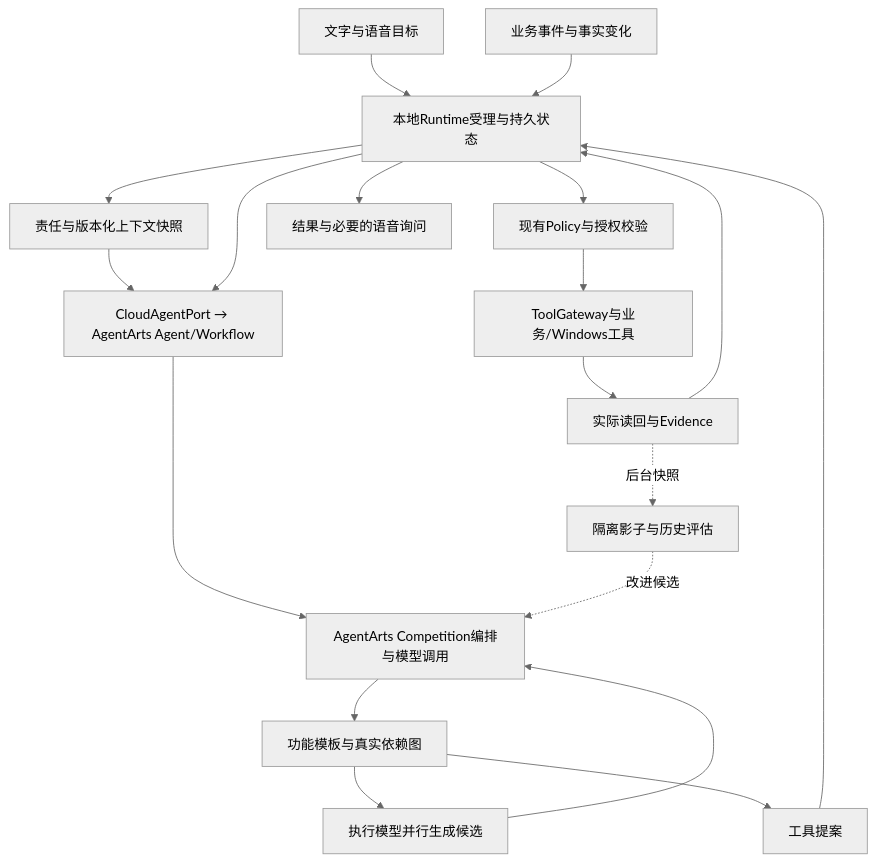
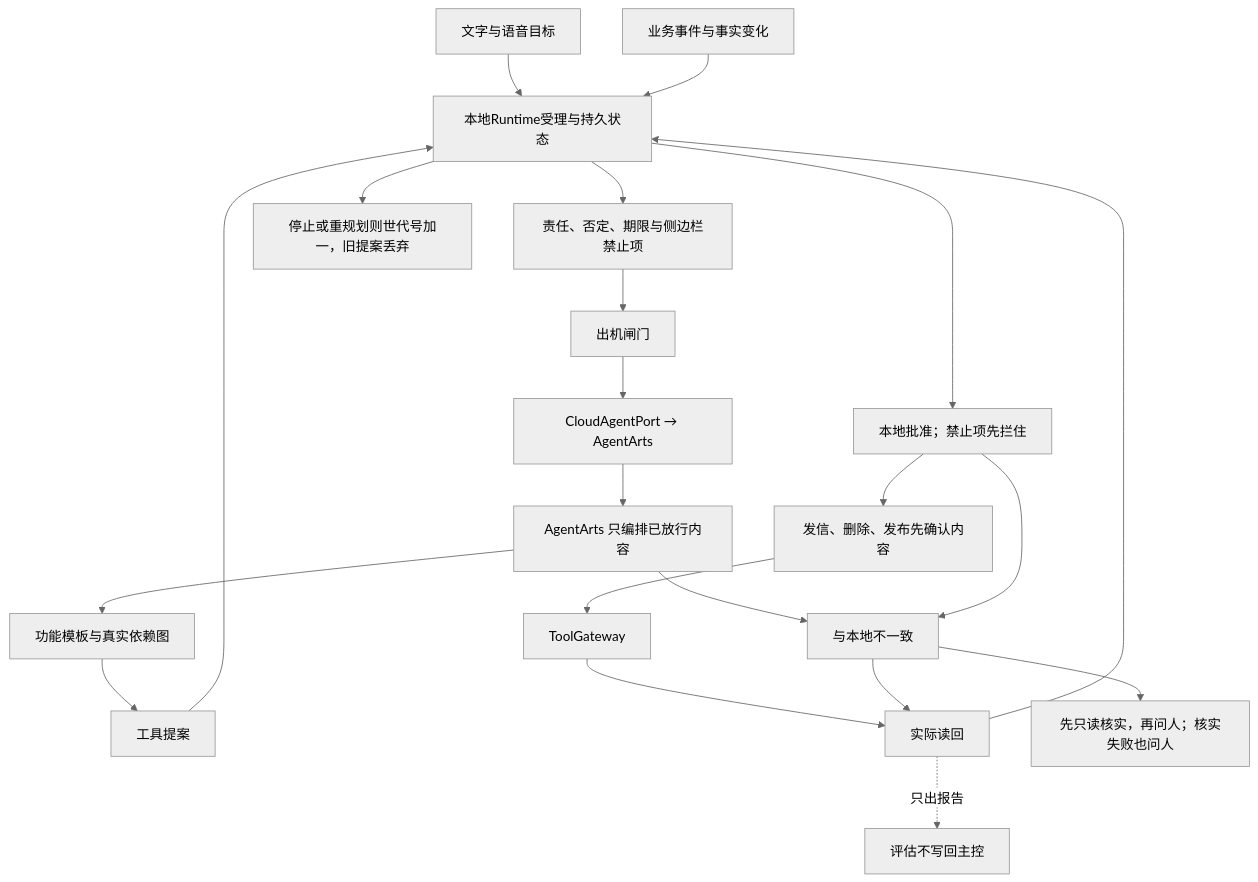
Before and after one commit to xianxing-ai/PersonalAgent: the diagram in docs/design/workflow-architecture-20261013/DESIGN.md, drawn with Mermaid (neutral theme). The commit also changed other lines of this file and 6 other files, not shown here.

First line of the commit message:
docs(design): 把控制权规则写进架构图

````diff
--- a/docs/design/workflow-architecture-20261013/DESIGN.md
+++ b/docs/design/workflow-architecture-20261013/DESIGN.md
@@ -19,21 +19,23 @@
 ```mermaid
 flowchart TD
   U[文字与语音目标] --> R[本地Runtime受理与持久状态]
-  E[业务事件与事实变化] --> R
-  R --> S[责任与版本化上下文快照]
-  S --> C[CloudAgentPort → AgentArts Agent/Workflow]
-  C --> D[AgentArts Competition编排与模型调用]
+  EV[业务事件与事实变化] --> R
+  R --> S[责任、否定、期限与侧边栏禁止项]
+  S --> GATE[出机闸门]
+  GATE --> C[CloudAgentPort → AgentArts]
+  C --> D[AgentArts 只编排已放行内容]
   D --> G[功能模板与真实依赖图]
-  G --> X[执行模型并行生成候选]
-  X --> D
   G --> T[工具提案]
   T --> R
-  R --> P[现有Policy与授权校验]
-  P --> V[ToolGateway与业务/Windows工具]
-  V --> B[实际读回与Evidence]
+  R --> P[本地批准；禁止项先拦住]
+  P --> I[发信、删除、发布先确认内容]
+  I --> V[ToolGateway]
+  V --> B[实际读回]
   B --> R
-  R --> C
-  R --> UI[结果与必要的语音询问]
-  B -. 后台快照 .-> SH[隔离影子与历史评估]
-  SH -. 改进候选 .-> D
+  D --> K[与本地不一致]
+  P --> K
+  K --> B
+  K --> UI[先只读核实，再问人；核实失败也问人]
+  R --> EPOCH[停止或重规划则世代号加一，旧提案丢弃]
+  B -. 只出报告 .-> SH[评估不写回主控]
 ```
````
